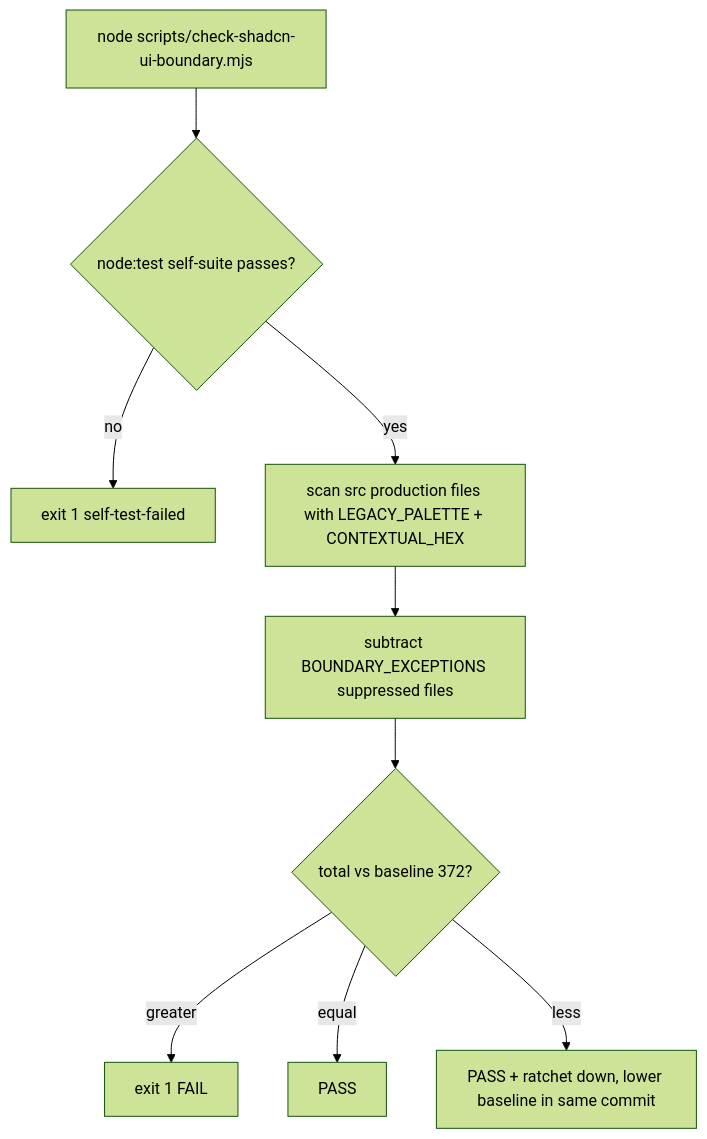
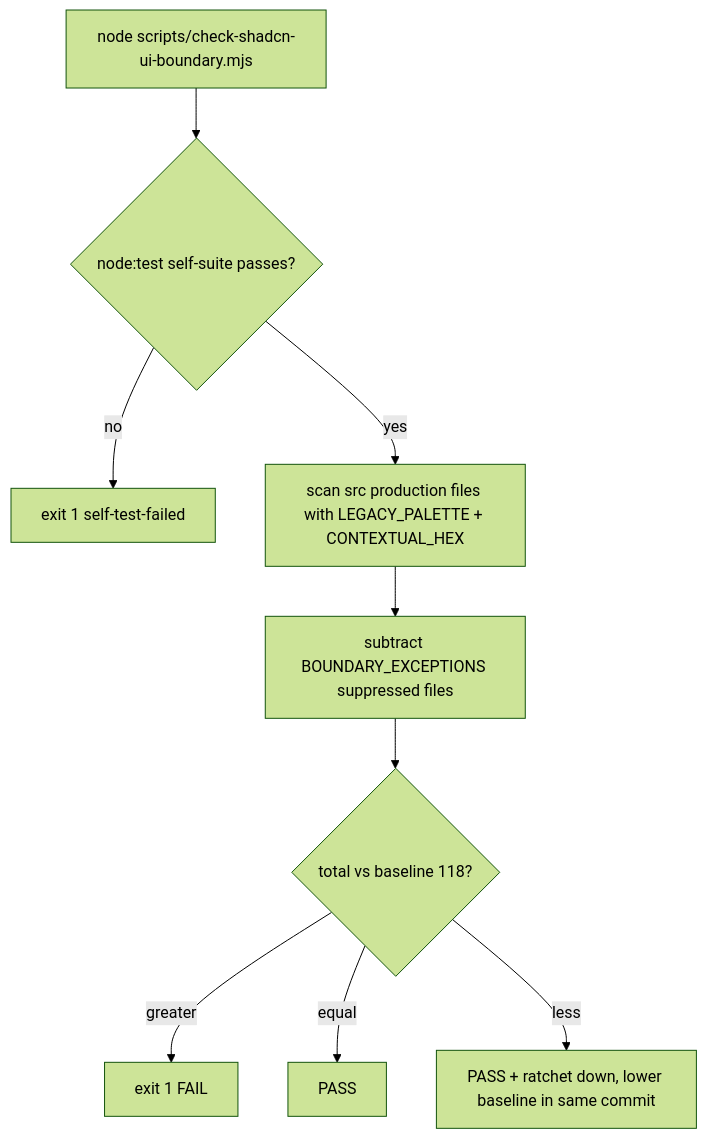
Before and after one commit to salacoste/wb-erp-system-daytona-FE: the diagram in openwiki/conventions-and-quality.md, drawn with Mermaid (forest theme). The commit also changed other lines of this file and 18 other files, not shown here.

````diff
--- a/openwiki/conventions-and-quality.md
+++ b/openwiki/conventions-and-quality.md
@@ -221,11 +229,11 @@
 ```mermaid
 flowchart TD
     A["node scripts/check-shadcn-ui-boundary.mjs"] --> B{"node:test self-suite passes?"}
     B -- no --> F["exit 1 self-test-failed"]
     B -- yes --> C["scan src production files with LEGACY_PALETTE + CONTEXTUAL_HEX"]
     C --> D["subtract BOUNDARY_EXCEPTIONS suppressed files"]
-    D --> E{"total vs baseline 372?"}
+    D --> E{"total vs baseline 118?"}
     E -- greater --> G["exit 1 FAIL"]
     E -- equal --> H["PASS"]
     E -- less --> I["PASS + ratchet down, lower baseline in same commit"]
 ```
````
